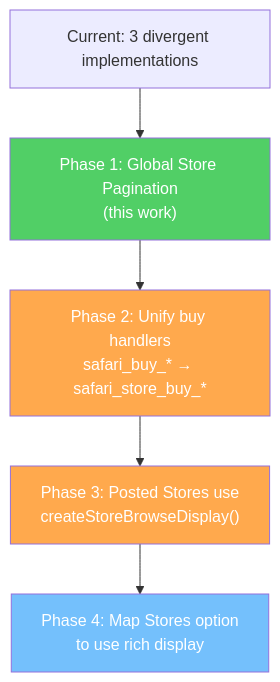
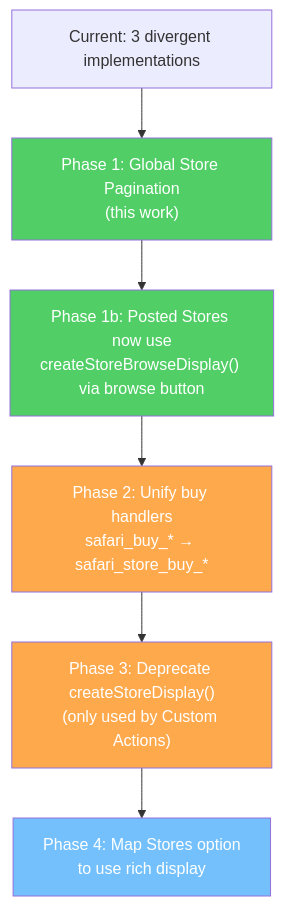
One commit to extremedonkey/castbot changed the second of 2 diagrams in RaP/0958_20260226_StorePagination_Analysis.md. Above: the diagram before and after it, drawn with Mermaid. The commit also changed other lines of this file and 2 other files, not shown here.

Commit message:
Fix posted store - use DiscordRequest REST API instead of channel.send() for Components V2 channel messages

````diff
--- a/RaP/0958_20260226_StorePagination_Analysis.md
+++ b/RaP/0958_20260226_StorePagination_Analysis.md
@@ -220,12 +239,14 @@
 ```mermaid
 graph TD
     A["Current: 3 divergent implementations"] --> B["Phase 1: Global Store Pagination<br/>(this work)"]
-    B --> C["Phase 2: Unify buy handlers<br/>safari_buy_* → safari_store_buy_*"]
-    C --> D["Phase 3: Posted Stores use<br/>createStoreBrowseDisplay()"]
+    B --> B2["Phase 1b: Posted Stores now use<br/>createStoreBrowseDisplay() via browse button"]
+    B2 --> C["Phase 2: Unify buy handlers<br/>safari_buy_* → safari_store_buy_*"]
+    C --> D["Phase 3: Deprecate createStoreDisplay()<br/>(only used by Custom Actions)"]
     D --> E["Phase 4: Map Stores option<br/>to use rich display"]
 
     style B fill:#51cf66,color:#fff
+    style B2 fill:#51cf66,color:#fff
     style C fill:#ffa94d,color:#fff
     style D fill:#ffa94d,color:#fff
     style E fill:#74c0fc,color:#fff
 ```
````
